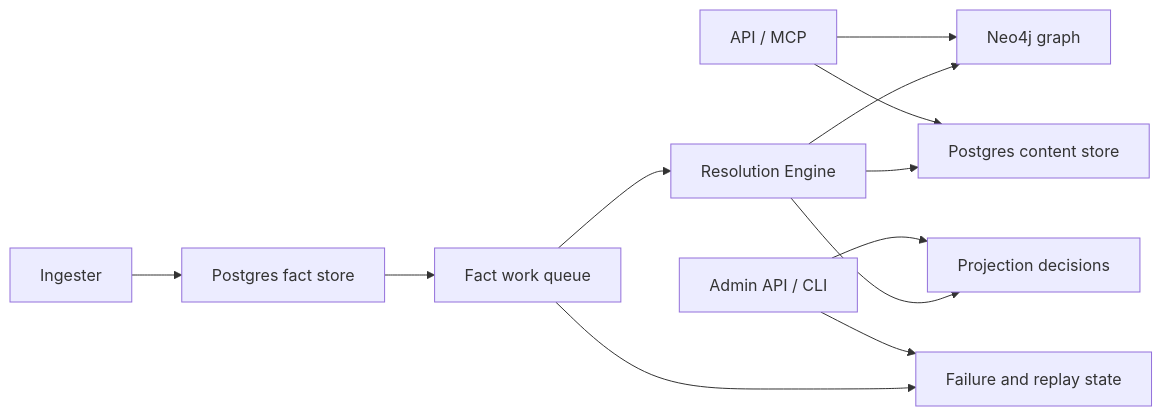
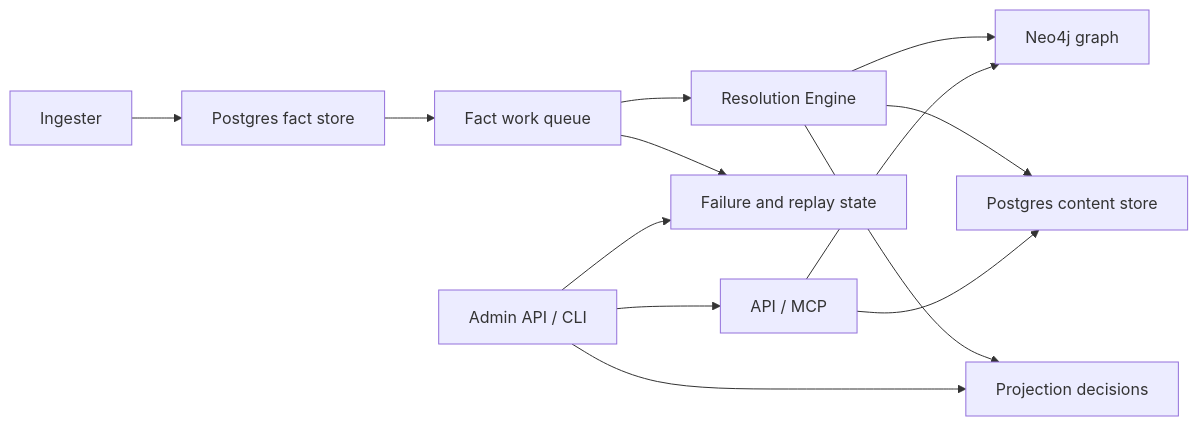
Before and after one commit to platformcontext/platform-context-graph: the diagram in docs/docs/reference/telemetry/index.md, drawn with Mermaid. The commit also changed other lines of this file and 12 other files, not shown here.

Commit message:
docs: lock go data plane architecture contracts

````diff
--- a/docs/docs/reference/telemetry/index.md
+++ b/docs/docs/reference/telemetry/index.md
@@ -25,14 +30,15 @@
 ```mermaid
 flowchart LR
   A["Ingester"] --> B["Postgres fact store"]
   B --> C["Fact work queue"]
   C --> D["Resolution Engine"]
   D --> E["Neo4j graph"]
   D --> F["Postgres content store"]
   D --> G["Projection decisions"]
   C --> H["Failure and replay state"]
   I["API / MCP"] --> E
   I --> F
   J["Admin API / CLI"] --> G
   J --> H
+  J --> I
 ```
````
